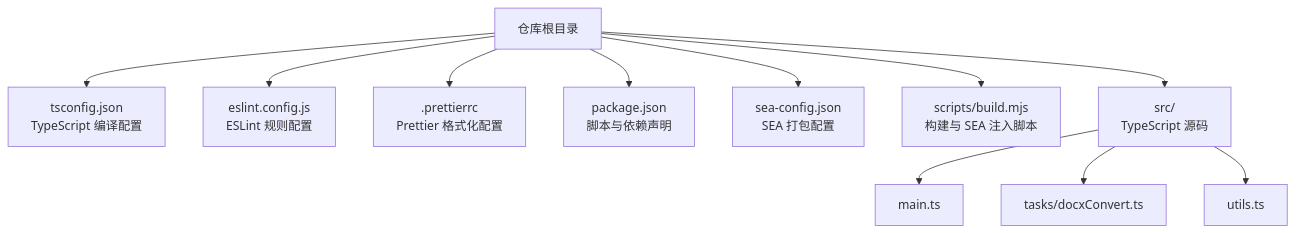
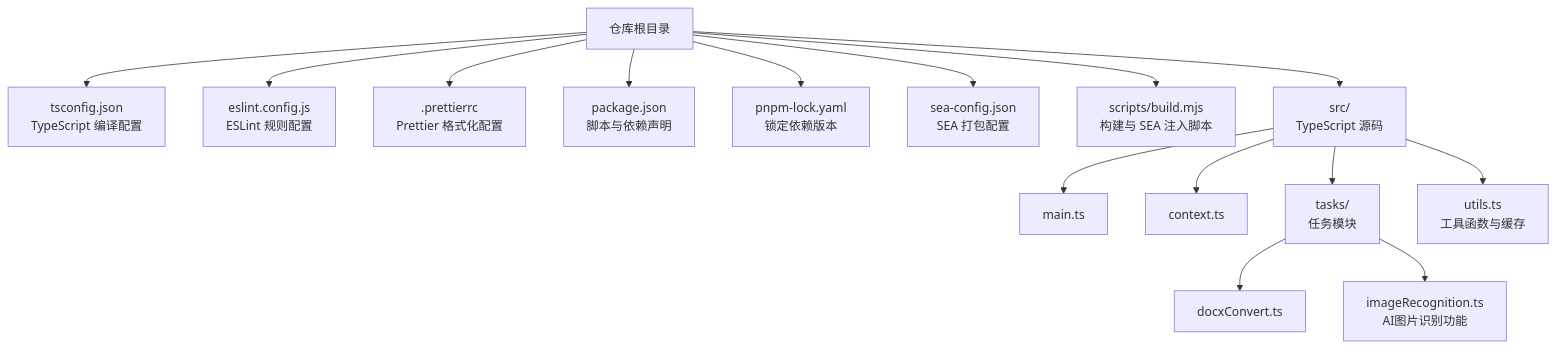
One commit to hllshiro/doc2md-cli changed the first of 3 diagrams in .qoder/repowiki/zh/content/配置管理.md. Above: the diagram before and after it, drawn with Mermaid. The commit also changed other lines of this file and 5 other files, not shown here.

First line of the commit message:
feat(config): 新增AI配置管理与图片识别功能

````diff
--- a/.qoder/repowiki/zh/content/配置管理.md
+++ b/.qoder/repowiki/zh/content/配置管理.md
@@ -39,13 +51,17 @@
 ```mermaid
 graph TB
 A["仓库根目录"] --> B["tsconfig.json<br/>TypeScript 编译配置"]
 A --> C["eslint.config.js<br/>ESLint 规则配置"]
 A --> D[".prettierrc<br/>Prettier 格式化配置"]
 A --> E["package.json<br/>脚本与依赖声明"]
-A --> F["sea-config.json<br/>SEA 打包配置"]
-A --> G["scripts/build.mjs<br/>构建与 SEA 注入脚本"]
-A --> H["src/<br/>TypeScript 源码"]
-H --> H1["main.ts"]
-H --> H2["tasks/docxConvert.ts"]
-H --> H3["utils.ts"]
+A --> F["pnpm-lock.yaml<br/>锁定依赖版本"]
+A --> G["sea-config.json<br/>SEA 打包配置"]
+A --> H["scripts/build.mjs<br/>构建与 SEA 注入脚本"]
+A --> I["src/<br/>TypeScript 源码"]
+I --> I1["main.ts"]
+I --> I2["context.ts"]
+I --> I3["tasks/<br/>任务模块"]
+I3 --> I31["docxConvert.ts"]
+I3 --> I32["imageRecognition.ts<br/>AI图片识别功能"]
+I --> J["utils.ts<br/>工具函数与缓存"]
 ```
````
